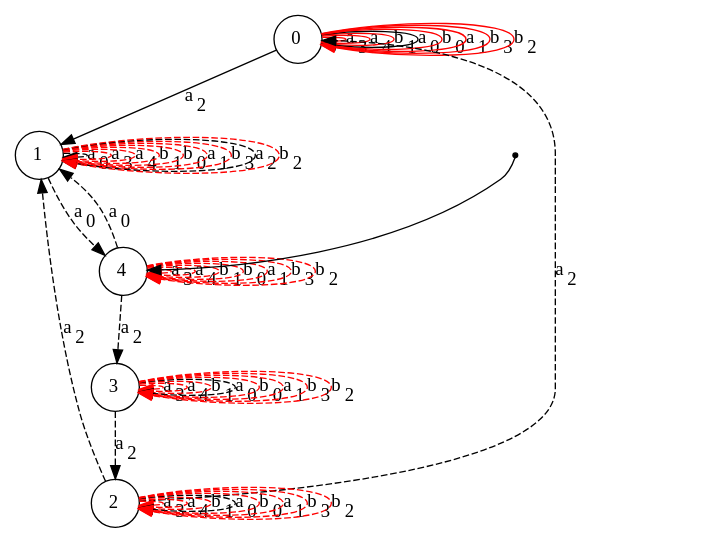
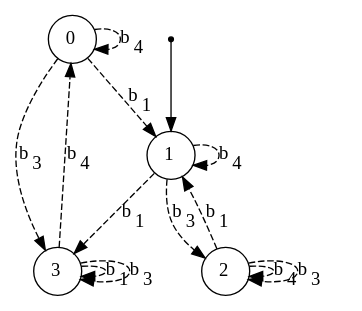
One commit to Reithger/Finite-State-Machine-Model changed the diagram in dotsource.dot. Above: the diagram before and after it, drawn with Graphviz. The commit also changed 4 other files, not shown here.

```diff
--- a/dotsource.dot
+++ b/dotsource.dot
@@ -1,56 +1,20 @@
 digraph G {
 "n0"[label= <0> shape=circle color="black" style=wedged fillcolor="white" style=filled];
 "n1"[label= <1> shape=circle color="black" style=wedged fillcolor="white" style=filled];
+"ArbitraryUnusedNameNoWorriesJustGrooving2"[fontSize=1 shape=point];
 "n2"[label= <2> shape=circle color="black" style=wedged fillcolor="white" style=filled];
 "n3"[label= <3> shape=circle color="black" style=wedged fillcolor="white" style=filled];
-"n4"[label= <4> shape=circle color="black" style=wedged fillcolor="white" style=filled];
-"ArbitraryUnusedNameNoWorriesJustGrooving5"[fontSize=1 shape=point];
-{"ArbitraryUnusedNameNoWorriesJustGrooving5"}->{"n4"};
-{"n0"}->{"n1"}[label = <a<sub>2</sub>> color="black" arrowhead="normal" style=""];
-{"n0"}->{"n0"}[label = <a<sub>3</sub>> color="red" arrowhead="normal" style=""];
-{"n0"}->{"n0"}[label = <a<sub>4</sub>> color="red" arrowhead="normal" style=""];
-{"n0"}->{"n0"}[label = <b<sub>1</sub>> color="red" arrowhead="normal" style=""];
-{"n0"}->{"n0"}[label = <a<sub>0</sub>> color="black" arrowhead="normal" style=""];
-{"n0"}->{"n0"}[label = <b<sub>0</sub>> color="red" arrowhead="normal" style=""];
-{"n0"}->{"n0"}[label = <a<sub>1</sub>> color="red" arrowhead="normal" style=""];
-{"n0"}->{"n0"}[label = <b<sub>3</sub>> color="red" arrowhead="normal" style=""];
-{"n0"}->{"n0"}[label = <b<sub>2</sub>> color="red" arrowhead="normal" style=""];
-{"n1"}->{"n4"}[label = <a<sub>0</sub>> color="black" arrowhead="normal" style="dashed"];
-{"n1"}->{"n1"}[label = <a<sub>0</sub>> color="black" arrowhead="normal" style="dashed"];
-{"n1"}->{"n1"}[label = <a<sub>3</sub>> color="red" arrowhead="normal" style="dashed"];
-{"n1"}->{"n1"}[label = <a<sub>4</sub>> color="red" arrowhead="normal" style="dashed"];
-{"n1"}->{"n1"}[label = <b<sub>1</sub>> color="red" arrowhead="normal" style="dashed"];
-{"n1"}->{"n1"}[label = <b<sub>0</sub>> color="red" arrowhead="normal" style="dashed"];
-{"n1"}->{"n1"}[label = <a<sub>1</sub>> color="red" arrowhead="normal" style="dashed"];
-{"n1"}->{"n1"}[label = <b<sub>3</sub>> color="red" arrowhead="normal" style="dashed"];
-{"n1"}->{"n1"}[label = <a<sub>2</sub>> color="black" arrowhead="normal" style="dashed"];
-{"n1"}->{"n1"}[label = <b<sub>2</sub>> color="red" arrowhead="normal" style="dashed"];
-{"n2"}->{"n1"}[label = <a<sub>2</sub>> color="black" arrowhead="normal" style="dashed"];
-{"n2"}->{"n0"}[label = <a<sub>2</sub>> color="black" arrowhead="normal" style="dashed"];
-{"n2"}->{"n2"}[label = <a<sub>3</sub>> color="red" arrowhead="normal" style="dashed"];
-{"n2"}->{"n2"}[label = <a<sub>4</sub>> color="red" arrowhead="normal" style="dashed"];
-{"n2"}->{"n2"}[label = <b<sub>1</sub>> color="red" arrowhead="normal" style="dashed"];
-{"n2"}->{"n2"}[label = <a<sub>0</sub>> color="black" arrowhead="normal" style="dashed"];
-{"n2"}->{"n2"}[label = <b<sub>0</sub>> color="red" arrowhead="normal" style="dashed"];
-{"n2"}->{"n2"}[label = <a<sub>1</sub>> color="red" arrowhead="normal" style="dashed"];
-{"n2"}->{"n2"}[label = <b<sub>3</sub>> color="red" arrowhead="normal" style="dashed"];
-{"n2"}->{"n2"}[label = <b<sub>2</sub>> color="red" arrowhead="normal" style="dashed"];
-{"n3"}->{"n2"}[label = <a<sub>2</sub>> color="black" arrowhead="normal" style="dashed"];
-{"n3"}->{"n3"}[label = <a<sub>3</sub>> color="red" arrowhead="normal" style="dashed"];
-{"n3"}->{"n3"}[label = <a<sub>4</sub>> color="red" arrowhead="normal" style="dashed"];
-{"n3"}->{"n3"}[label = <b<sub>1</sub>> color="red" arrowhead="normal" style="dashed"];
-{"n3"}->{"n3"}[label = <a<sub>0</sub>> color="black" arrowhead="normal" style="dashed"];
-{"n3"}->{"n3"}[label = <b<sub>0</sub>> color="red" arrowhead="normal" style="dashed"];
-{"n3"}->{"n3"}[label = <a<sub>1</sub>> color="red" arrowhead="normal" style="dashed"];
-{"n3"}->{"n3"}[label = <b<sub>3</sub>> color="red" arrowhead="normal" style="dashed"];
-{"n3"}->{"n3"}[label = <b<sub>2</sub>> color="red" arrowhead="normal" style="dashed"];
-{"n4"}->{"n1"}[label = <a<sub>0</sub>> color="black" arrowhead="normal" style="dashed"];
-{"n4"}->{"n3"}[label = <a<sub>2</sub>> color="black" arrowhead="normal" style="dashed"];
-{"n4"}->{"n4"}[label = <a<sub>3</sub>> color="red" arrowhead="normal" style="dashed"];
-{"n4"}->{"n4"}[label = <a<sub>4</sub>> color="red" arrowhead="normal" style="dashed"];
-{"n4"}->{"n4"}[label = <b<sub>1</sub>> color="red" arrowhead="normal" style="dashed"];
-{"n4"}->{"n4"}[label = <b<sub>0</sub>> color="red" arrowhead="normal" style="dashed"];
-{"n4"}->{"n4"}[label = <a<sub>1</sub>> color="red" arrowhead="normal" style="dashed"];
-{"n4"}->{"n4"}[label = <b<sub>3</sub>> color="red" arrowhead="normal" style="dashed"];
-{"n4"}->{"n4"}[label = <b<sub>2</sub>> color="red" arrowhead="normal" style="dashed"];
+{"ArbitraryUnusedNameNoWorriesJustGrooving2"}->{"n1"};
+{"n0"}->{"n3"}[label = <b<sub>3</sub>> color="black" arrowhead="normal" style="dashed"];
+{"n0"}->{"n1"}[label = <b<sub>1</sub>> color="black" arrowhead="normal" style="dashed"];
+{"n0"}->{"n0"}[label = <b<sub>4</sub>> color="black" arrowhead="normal" style="dashed"];
+{"n1"}->{"n2"}[label = <b<sub>3</sub>> color="black" arrowhead="normal" style="dashed"];
+{"n1"}->{"n3"}[label = <b<sub>1</sub>> color="black" arrowhead="normal" style="dashed"];
+{"n1"}->{"n1"}[label = <b<sub>4</sub>> color="black" arrowhead="normal" style="dashed"];
+{"n2"}->{"n1"}[label = <b<sub>1</sub>> color="black" arrowhead="normal" style="dashed"];
+{"n2"}->{"n2"}[label = <b<sub>4</sub>> color="black" arrowhead="normal" style="dashed"];
+{"n2"}->{"n2"}[label = <b<sub>3</sub>> color="black" arrowhead="normal" style="dashed"];
+{"n3"}->{"n0"}[label = <b<sub>4</sub>> color="black" arrowhead="normal" style="dashed"];
+{"n3"}->{"n3"}[label = <b<sub>1</sub>> color="black" arrowhead="normal" style="dashed"];
+{"n3"}->{"n3"}[label = <b<sub>3</sub>> color="black" arrowhead="normal" style="dashed"];
 }
```
